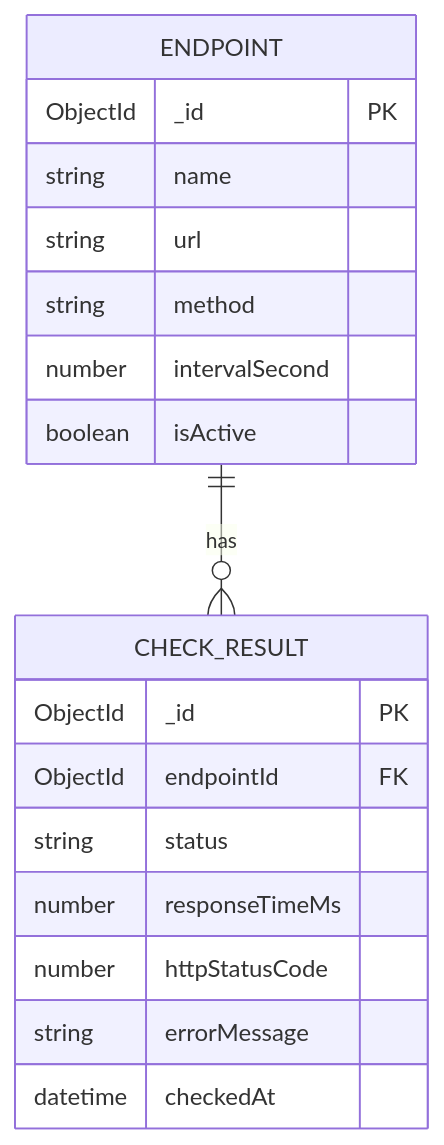
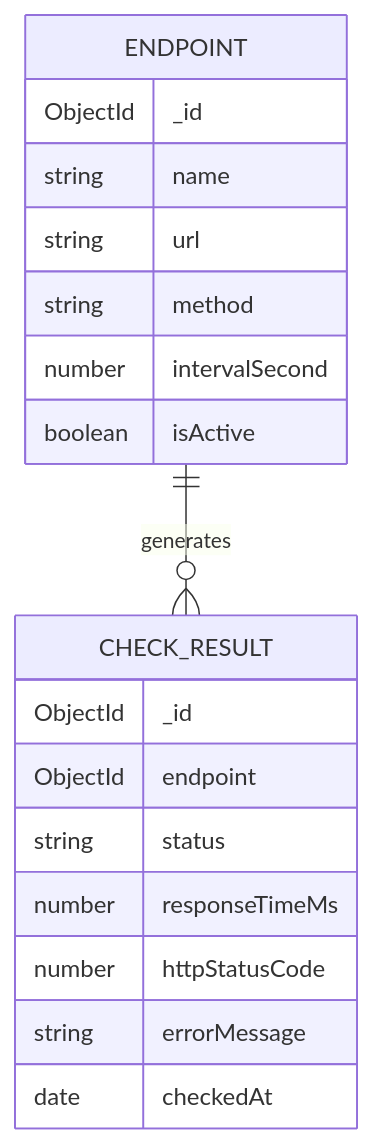
The fourth of 4 diagrams in README.md (Sarthaktanpure/Api-Sentinel), drawn with Mermaid before and after one commit. The commit also changed other lines of this file, not shown here.

````diff
--- a/README.md
+++ b/README.md
@@ -198,23 +257,23 @@
 ```mermaid
 erDiagram
-    ENDPOINT ||--o{ CHECK_RESULT : has
+    ENDPOINT ||--o{ CHECK_RESULT : generates
 
     ENDPOINT {
-        ObjectId _id PK
+        ObjectId _id
         string name
         string url
         string method
         number intervalSecond
         boolean isActive
     }
 
     CHECK_RESULT {
-        ObjectId _id PK
-        ObjectId endpointId FK
+        ObjectId _id
+        ObjectId endpoint
         string status
         number responseTimeMs
         number httpStatusCode
         string errorMessage
-        datetime checkedAt
+        date checkedAt
     }
 ```
````
